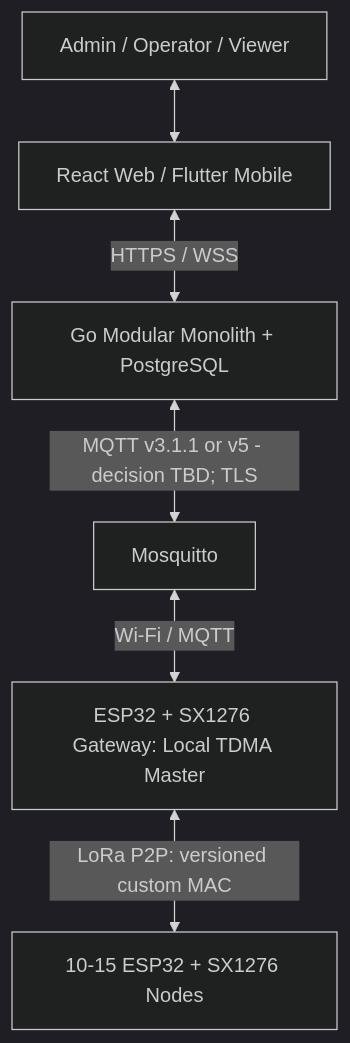
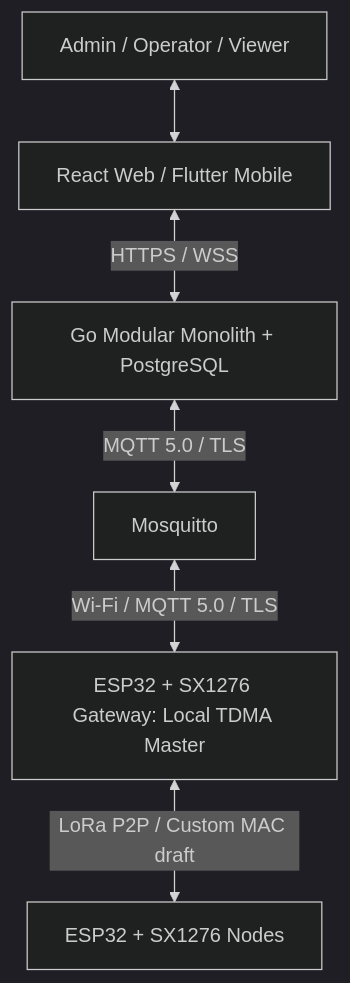
The diagram in docs/architecture/system-overview.md (khanhpn308/LoRa-P2P-Hybrid-TDMA-MVP), drawn with Mermaid (dark theme) before and after one commit. The commit also changed other lines of this file and 6 other files, not shown here.

Commit message:
docs: reconcile architecture and requirements baseline R1 (#60)

````diff
--- a/docs/architecture/system-overview.md
+++ b/docs/architecture/system-overview.md
@@ -8,8 +9,8 @@
 ```mermaid
 flowchart TB
   USERS[Admin / Operator / Viewer] <--> CLIENTS[React Web / Flutter Mobile]
   CLIENTS <-->|HTTPS / WSS| GO[Go Modular Monolith + PostgreSQL]
-  GO <-->|MQTT v3.1.1 or v5 - decision TBD; TLS| BROKER[Mosquitto]
-  BROKER <-->|Wi-Fi / MQTT| GW[ESP32 + SX1276 Gateway: Local TDMA Master]
-  GW <-->|LoRa P2P: versioned custom MAC| NODES[10-15 ESP32 + SX1276 Nodes]
+  GO <-->|MQTT 5.0 / TLS| BROKER[Mosquitto]
+  BROKER <-->|Wi-Fi / MQTT 5.0 / TLS| GW[ESP32 + SX1276 Gateway: Local TDMA Master]
+  GW <-->|LoRa P2P / Custom MAC draft| NODES[ESP32 + SX1276 Nodes]
 ```
````
